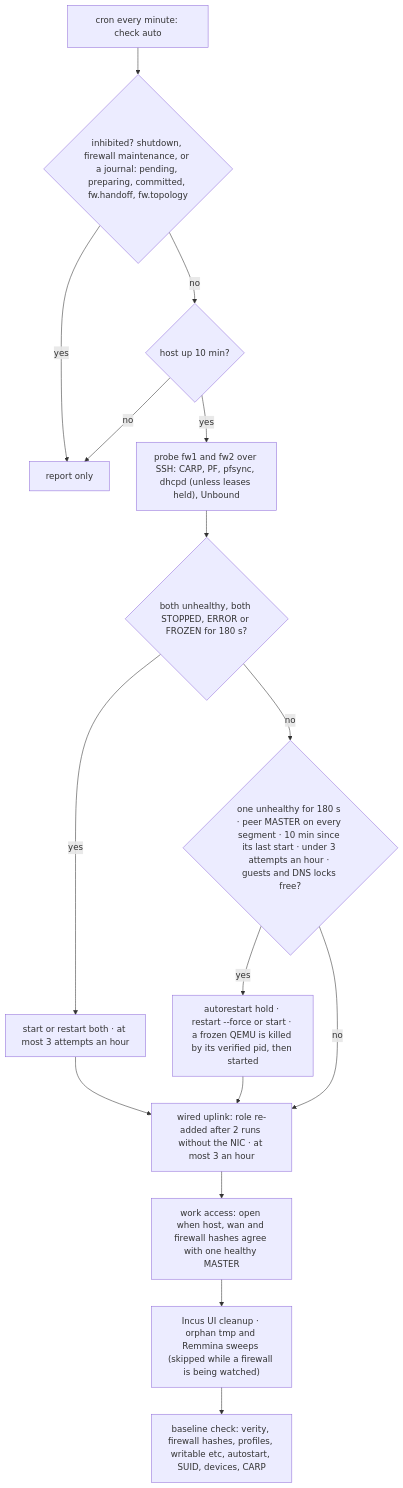
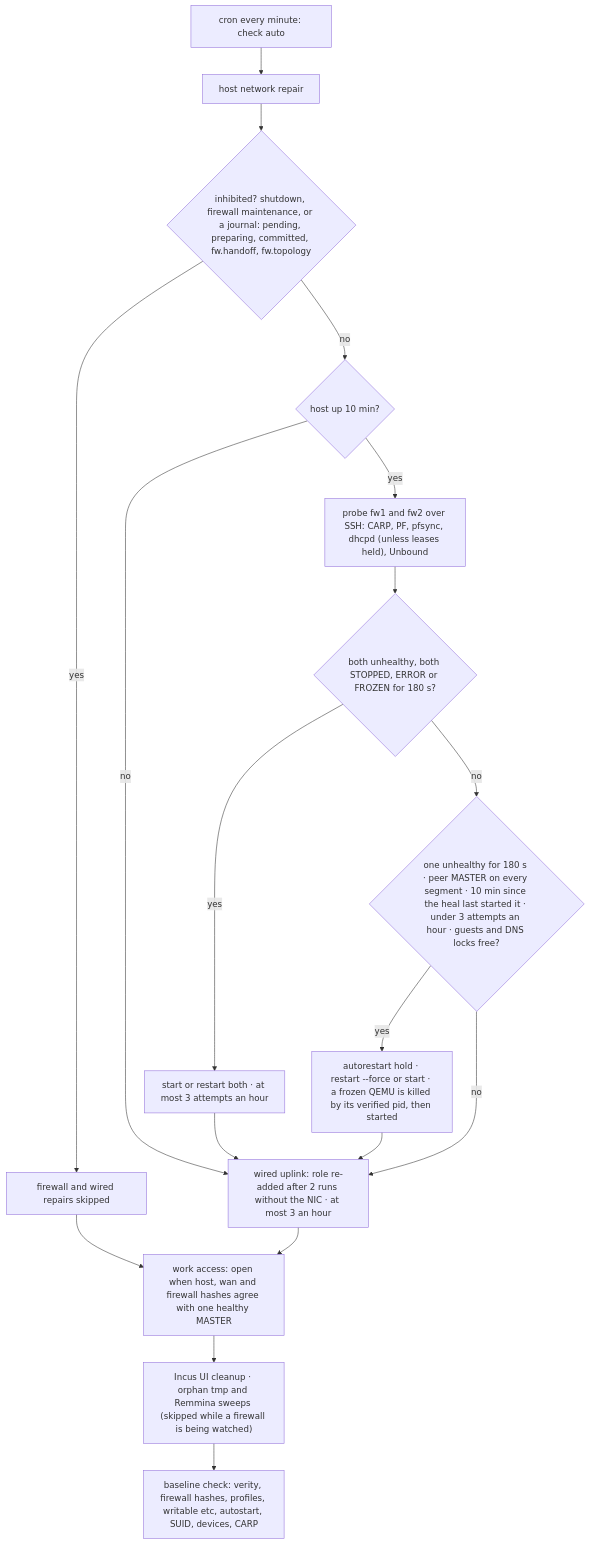
The seventh of 7 diagrams in ARCHITECTURE.md (svkadmin/convergent), drawn with Mermaid before and after one commit. The commit also changed other lines of this file and 6 other files, not shown here.

Commit message:
docs: fact-checked against the code: the self-heal path and its locks, CARP demotion by a reseeded fw1, NIC filtering, the boot and bless order, baseline acceptance under Secure Boot, the Incus UI, Remmina keyring and highest repairs, the build's channel files, scan exit codes and fixtures

````diff
--- a/ARCHITECTURE.md
+++ b/ARCHITECTURE.md
@@ -710,18 +717,18 @@
 ```mermaid
 flowchart TD
-  C["cron every minute: check auto"] --> I{"inhibited? shutdown, firewall maintenance, or a journal: pending, preparing, committed, fw.handoff, fw.topology"}
-  I -- yes --> X["report only"]
+  C["cron every minute: check auto"] --> H["host network repair"] --> I{"inhibited? shutdown, firewall maintenance, or a journal: pending, preparing, committed, fw.handoff, fw.topology"}
+  I -- yes --> X["firewall and wired repairs skipped"] --> G
   I -- no --> U{"host up 10 min?"}
-  U -- no --> X
+  U -- no --> W
   U -- yes --> P["probe fw1 and fw2 over SSH: CARP, PF, pfsync, dhcpd (unless leases held), Unbound"]
   P --> Q{"both unhealthy, both STOPPED, ERROR or FROZEN for 180 s?"}
   Q -- yes --> S["start or restart both · at most 3 attempts an hour"]
-  Q -- no --> N{"one unhealthy for 180 s · peer MASTER on every segment · 10 min since its last start · under 3 attempts an hour · guests and DNS locks free?"}
+  Q -- no --> N{"one unhealthy for 180 s · peer MASTER on every segment · 10 min since the heal last started it · under 3 attempts an hour · guests and DNS locks free?"}
   N -- yes --> T["autorestart hold · restart --force or start · a frozen QEMU is killed by its verified pid, then started"]
   N -- no --> W
   S --> W["wired uplink: role re-added after 2 runs without the NIC · at most 3 an hour"]
   T --> W
   W --> G["work access: open when host, wan and firewall hashes agree with one healthy MASTER"]
   G --> O["Incus UI cleanup · orphan tmp and Remmina sweeps (skipped while a firewall is being watched)"]
   O --> K["baseline check: verity, firewall hashes, profiles, writable etc, autostart, SUID, devices, CARP"]
 ```
````
